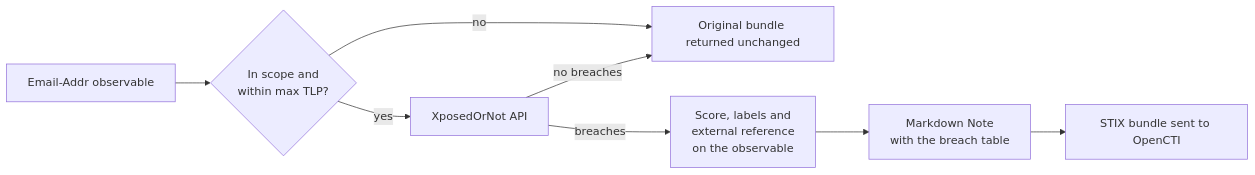
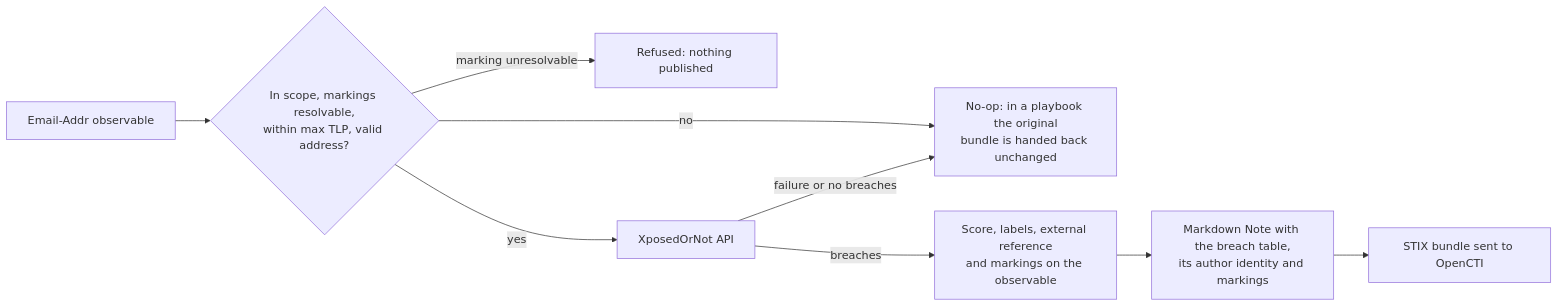
Before and after one commit to OpenCTI-Platform/connectors: the diagram in internal-enrichment/xposedornot/README.md, drawn with Mermaid. The commit also changed other lines of this file and 9 other files, not shown here.

Commit message:
fix(xposedornot): canonicalise marking identifiers, read TLP bodies as pycti   stores them, and align docs with the published objects

````diff
--- a/internal-enrichment/xposedornot/README.md
+++ b/internal-enrichment/xposedornot/README.md
@@ -110,10 +110,11 @@
 ```mermaid
 graph LR
-    A[Email-Addr observable] --> B{In scope and<br/>within max TLP?}
-    B -- no --> C[Original bundle returned unchanged]
+    A[Email-Addr observable] --> B{In scope, markings resolvable,<br/>within max TLP, valid address?}
+    B -- marking unresolvable --> X[Refused: nothing published]
+    B -- no --> C[No-op: in a playbook the original<br/>bundle is handed back unchanged]
     B -- yes --> D[XposedOrNot API]
-    D -- no breaches --> C
-    D -- breaches --> E[Score, labels and<br/>external reference<br/>on the observable]
-    E --> F[Markdown Note<br/>with the breach table]
+    D -- failure or no breaches --> C
+    D -- breaches --> E[Score, labels, external reference<br/>and markings on the observable]
+    E --> F[Markdown Note with the breach table,<br/>its author identity and markings]
     F --> G[STIX bundle sent to OpenCTI]
 ```
````
